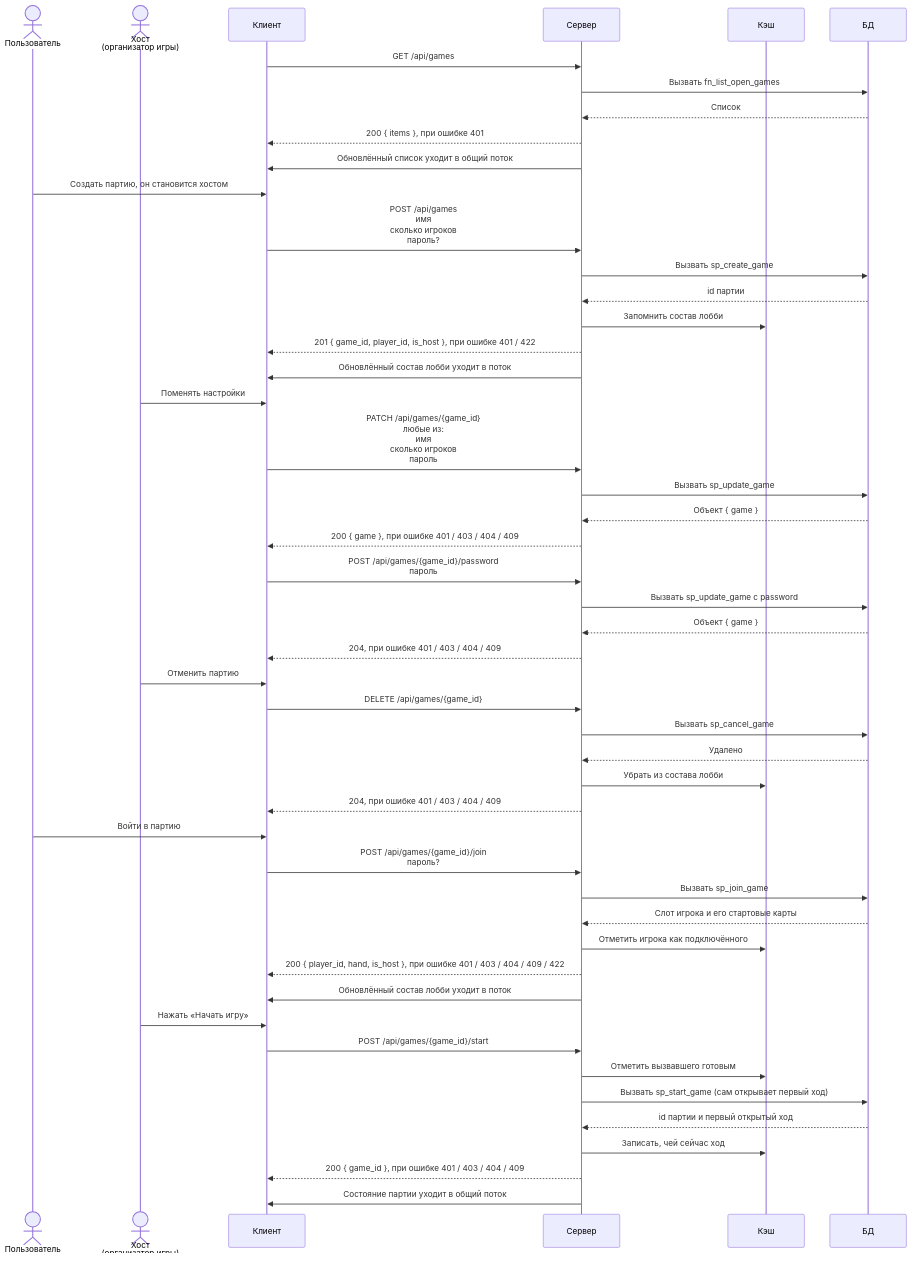
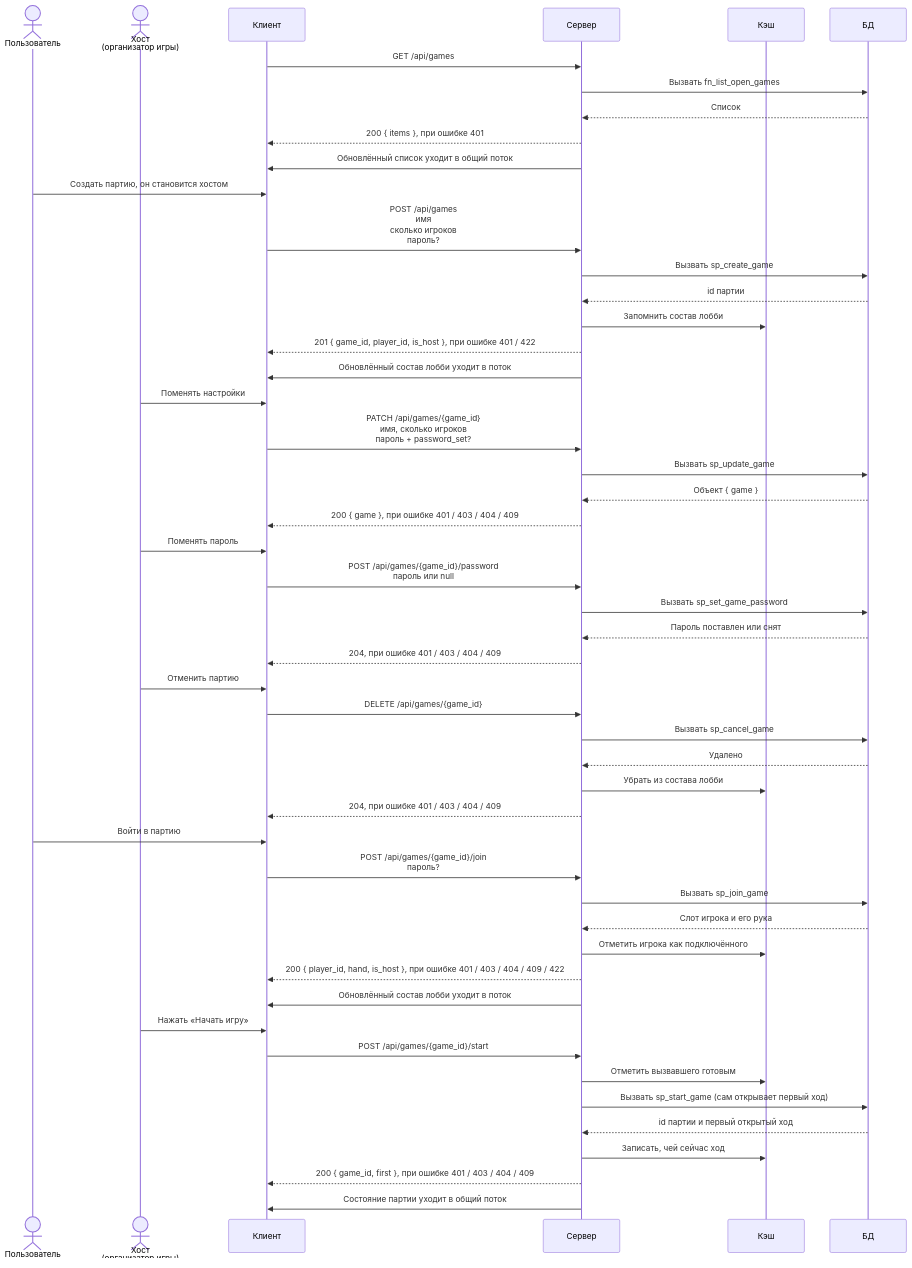
One commit to docup1/edin-game changed the diagram in diagrams/lobby.mmd. Above: the diagram before and after it, drawn with Mermaid. The commit also changed 12 other files, not shown here.

First line of the commit message:
Раздели пароль и настройки, убери sp_skip_turn, стоп после победы (36 -> 44 функций)

```diff
--- a/diagrams/lobby.mmd
+++ b/diagrams/lobby.mmd
@@ -1,90 +1,91 @@
 %% Всё до игры: список, создание, настройки, отмена, вход, старт.
 %% Действуют двое: обычный пользователь и хост, то есть организатор партии.
 %% Партия ещё не началась, поэтому состав лобби в кэше, факты в базе.
-%% Диаграмма делится по смыслу, а не по наличию {game_id}: пароль ставит
-%% админ, но до игры, поэтому разбирается здесь.
+%% Диаграмма делится по смыслу, а не по наличию {game_id}: пароль ставят до
+%% игры, поэтому разбирается здесь, хотя по духу это админская настройка.
 sequenceDiagram
     actor U as Пользователь
     actor H as Хост<br/>(организатор игры)
     participant C as Клиент
     participant S as Сервер
     participant K as Кэш
     participant D as БД
 
     %% Фильтры has_slot, mine и search живут в колонке Query таблицы в API.md,
     %% на стрелке их нет: список и так уходит в поток целиком.
     C->>S: GET /api/games
     S->>D: Вызвать fn_list_open_games
     D-->>S: Список
     S-->>C: 200 { items }, при ошибке 401
     S->>C: Обновлённый список уходит в общий поток
 
     U->>C: Создать партию, он становится хостом
     C->>S: POST /api/games<br/>имя<br/>сколько игроков<br/>пароль?
     S->>D: Вызвать sp_create_game
     D-->>S: id партии
     S->>K: Запомнить состав лобби
     S-->>C: 201 { game_id, player_id, is_host }, при ошибке 401 / 422
     S->>C: Обновлённый состав лобби уходит в поток
 
     H->>C: Поменять настройки
-    C->>S: PATCH /api/games/{game_id}<br/>любые из:<br/>имя<br/>сколько игроков<br/>пароль
+    C->>S: PATCH /api/games/{game_id}<br/>имя, сколько игроков<br/>пароль + password_set?
     S->>D: Вызвать sp_update_game
     D-->>S: Объект { game }
     S-->>C: 200 { game }, при ошибке 401 / 403 / 404 / 409
 
-    C->>S: POST /api/games/{game_id}/password<br/>пароль
-    S->>D: Вызвать sp_update_game с password
-    D-->>S: Объект { game }
+    H->>C: Поменять пароль
+    C->>S: POST /api/games/{game_id}/password<br/>пароль или null
+    S->>D: Вызвать sp_set_game_password
+    D-->>S: Пароль поставлен или снят
     S-->>C: 204, при ошибке 401 / 403 / 404 / 409
 
     H->>C: Отменить партию
     C->>S: DELETE /api/games/{game_id}
     S->>D: Вызвать sp_cancel_game
     D-->>S: Удалено
     S->>K: Убрать из состава лобби
     S-->>C: 204, при ошибке 401 / 403 / 404 / 409
 
     U->>C: Войти в партию
     C->>S: POST /api/games/{game_id}/join<br/>пароль?
     S->>D: Вызвать sp_join_game
-    D-->>S: Слот игрока и его стартовые карты
+    D-->>S: Слот игрока и его рука
     S->>K: Отметить игрока как подключённого
     S-->>C: 200 { player_id, hand, is_host }, при ошибке 401 / 403 / 404 / 409 / 422
     S->>C: Обновлённый состав лобби уходит в поток
 
     H->>C: Нажать «Начать игру»
     C->>S: POST /api/games/{game_id}/start
     S->>K: Отметить вызвавшего готовым
     S->>D: Вызвать sp_start_game (сам открывает первый ход)
     D-->>S: id партии и первый открытый ход
     S->>K: Записать, чей сейчас ход
-    S-->>C: 200 { game_id }, при ошибке 401 / 403 / 404 / 409
+    S-->>C: 200 { game_id, first }, при ошибке 401 / 403 / 404 / 409
     S->>C: Состояние партии уходит в общий поток
 
     %% Список требует сессии, поэтому гостя без входа здесь нет: без cookie
     %% приходит 401. В списке есть, сколько мест занято, но нет имён игроков -
     %% имена иначе утекли бы всем подряд.
     %% has_slot - только партии со свободными местами, по умолчанию включён:
     %% иначе пользователь кликнет в партию без мест и получит отказ. mine -
     %% только свои партии. Страниц нет: список приходит целиком и в общий поток,
     %% поэтому опрашивать его вручную не нужно.
     %% max_players вне диапазона 2..6 или пустое имя - 422.
     %% Приглашение - обычная ссылка /game/{id}, отдельная сущность в базе не нужна.
     %% Настройки меняет только хост и только до старта. max_players нельзя сделать
-    %% меньше занятых мест, password можно обнулить через null.
-    %% Пароль без актора: это действие админа, а не хоста и не игрока, поэтому
-    %% отдельного участника ради него заводить не стали. Пароль идёт через
-    %% sp_update_game и работает только до старта. Пароль, поставленный
-    %% админом, хост снять не может: снимается он только тем же эндпоинтом.
+    %% меньше занятых мест. Пароль в PATCH трогается только при password_set = true,
+    %% тогда password можно обнулить через null.
+    %% Отдельная ручка /password меняет только пароль: sp_set_game_password,
+    %% тот же хост и то же условие «до старта». null снимает пароль.
     %% Отмена - настоящее удаление, а не флаг cancelled: иначе про него пришлось бы
     %% вечно помнить.
     %% join проверяет пароль, свободное место и что партия не началась. Но если
-    %% за игроком уже есть место - пускает обратно даже после старта, выдавая
-    %% пустую руку. Раньше leave место сохранял, а join отказывал, и вышедший
-    %% оставался заперт снаружи.
+    %% за игроком уже есть место - пускает обратно даже после старта и отдаёт
+    %% его настоящую руку (пустую, если он выходил: тогда рука ушла в сброс).
+    %% Раньше leave место сохранял, а join отказывал, и вышедший оставался
+    %% заперт снаружи.
     %% Отказ от входа - это не leave: до старта место просто освобождается.
     %% start отмечает готовым и запускает: готовность - это факт, а не действие,
     %% и живёт в кэше. 409 если готовы не все, причём готовность не сбрасывается.
     %% Состав лобби и текущий ход живут в кэше, в базе только факты: игроки,
     %% карты, ходы.
```
